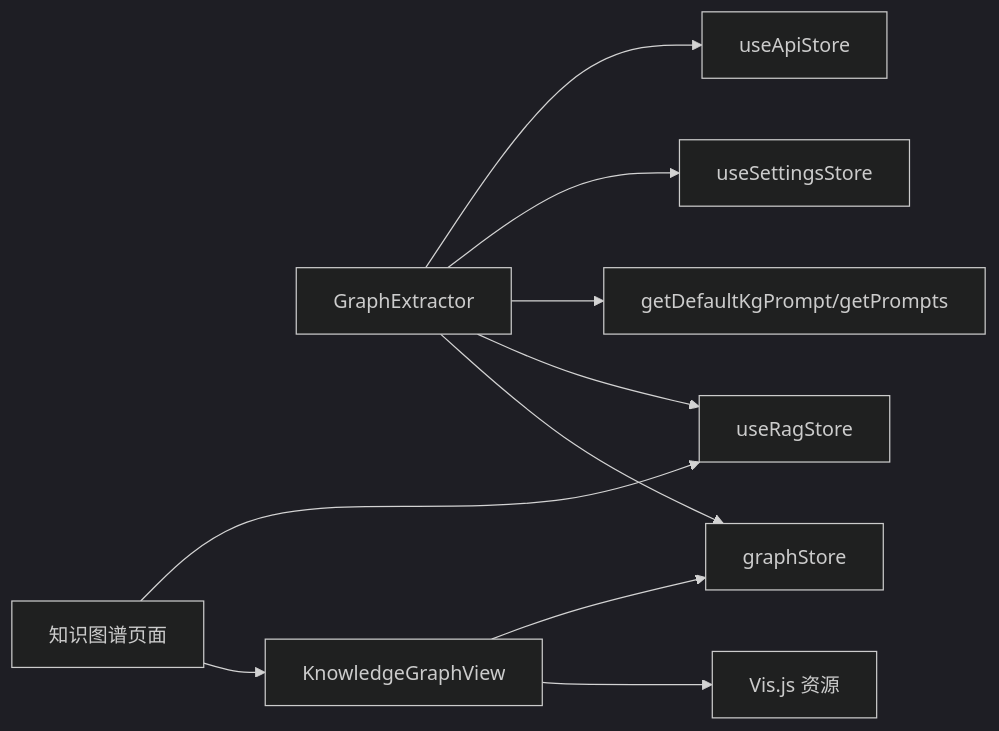
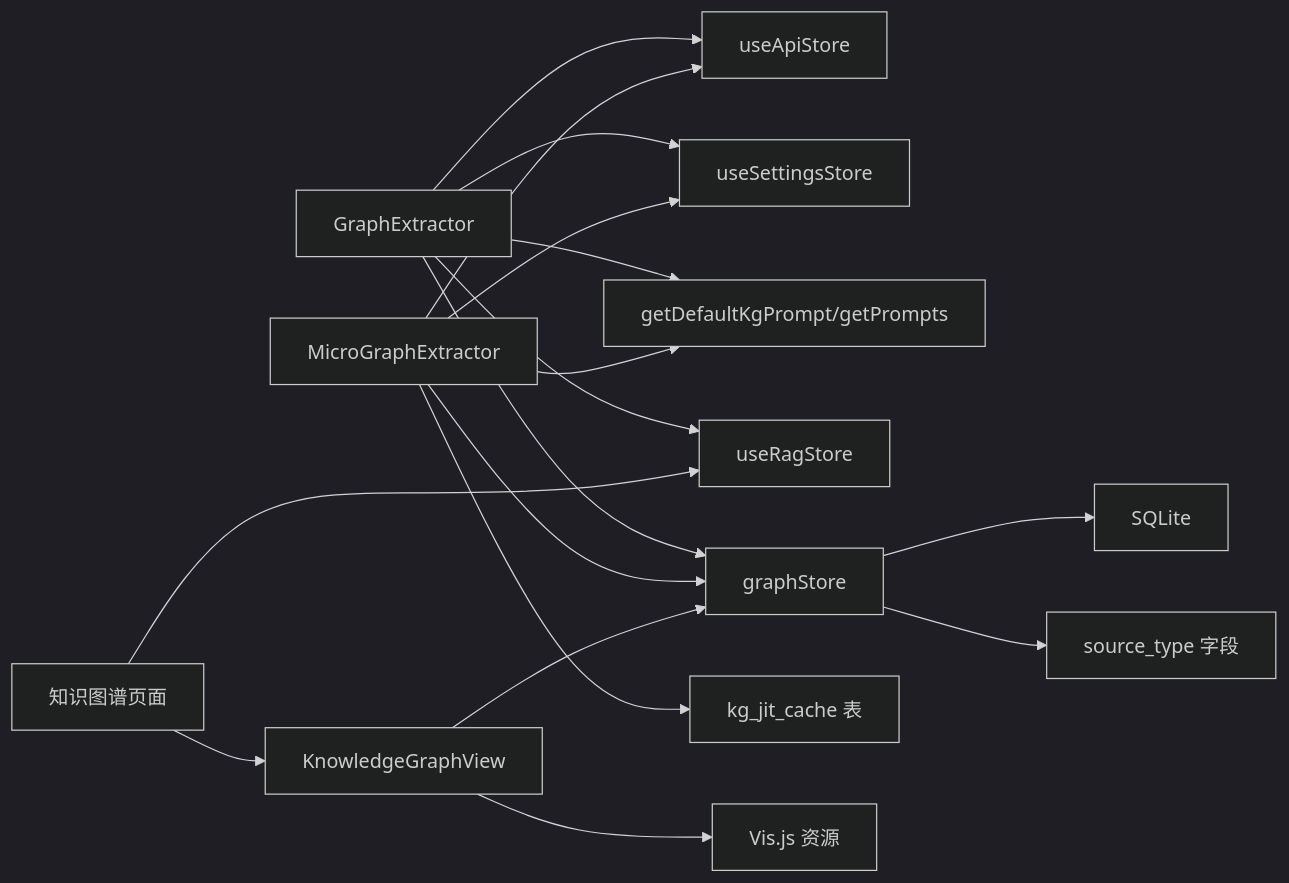
Before and after one commit to NarcisWL/Nexara: the seventh of 7 diagrams in .qoder/repowiki/zh/content/RAG知识引擎/知识图谱抽取/知识图谱抽取.md, drawn with Mermaid (dark theme). The commit also changed other lines of this file and 6 other files, not shown here.

````diff
--- a/.qoder/repowiki/zh/content/RAG知识引擎/知识图谱抽取/知识图谱抽取.md
+++ b/.qoder/repowiki/zh/content/RAG知识引擎/知识图谱抽取/知识图谱抽取.md
@@ -287,12 +432,19 @@
 ```mermaid
 graph LR
 GE["GraphExtractor"] --> API["useApiStore"]
 GE --> SET["useSettingsStore"]
 GE --> PROMPT["getDefaultKgPrompt/getPrompts"]
 GE --> RS["useRagStore"]
 GE --> GS["graphStore"]
+MGE["MicroGraphExtractor"] --> API
+MGE --> SET
+MGE --> PROMPT
+MGE --> GS
+MGE --> CACHE["kg_jit_cache 表"]
+GS --> DB["SQLite"]
+GS --> SOURCE_TYPE["source_type 字段"]
 KGV["KnowledgeGraphView"] --> GS
 KGV --> VIS["Vis.js 资源"]
 KGS["知识图谱页面"] --> RS
 KGS --> KGV
 ```
````
